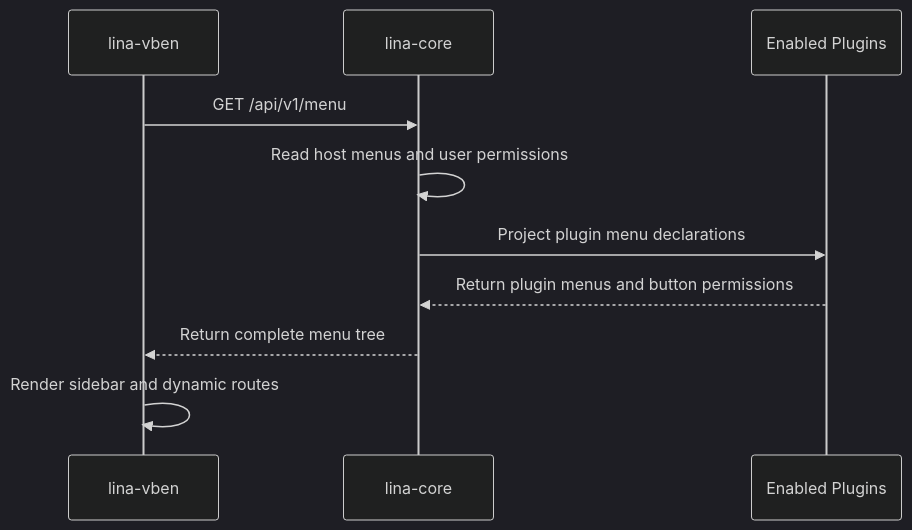
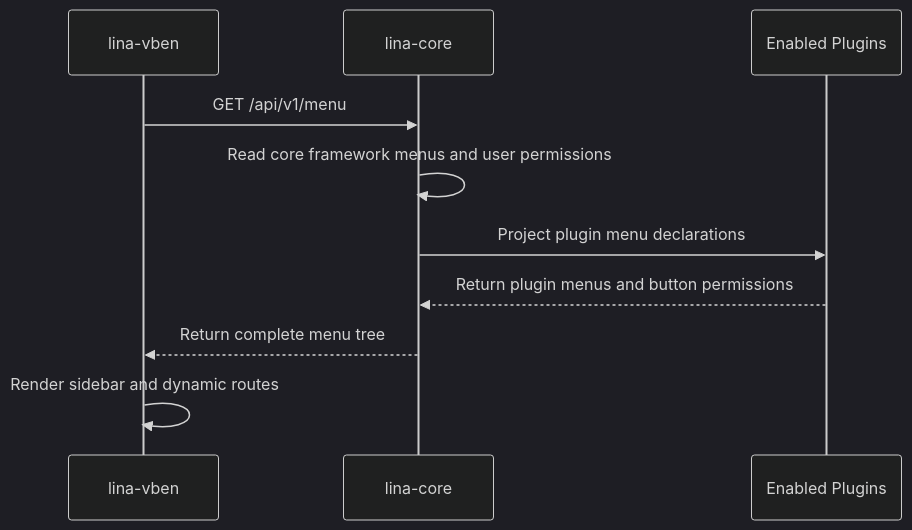
Before and after one commit to linaproai/linapro-site: the second of 2 diagrams in apps/lina-site/i18n/en/docusaurus-plugin-content-docs/version-0.1.x/docs/2000-components/4000-admin-workspace.md, drawn with Mermaid (dark theme). The commit also changed other lines of this file and 93 other files, not shown here.

````diff
--- a/apps/lina-site/i18n/en/docusaurus-plugin-content-docs/version-0.1.x/docs/2000-components/4000-admin-workspace.md
+++ b/apps/lina-site/i18n/en/docusaurus-plugin-content-docs/version-0.1.x/docs/2000-components/4000-admin-workspace.md
@@ -94,13 +94,13 @@
 ```mermaid
 sequenceDiagram
     participant UI as lina-vben
     participant Core as lina-core
     participant Plugin as Enabled Plugins
 
     UI->>Core: GET /api/v1/menu
-    Core->>Core: Read host menus and user permissions
+    Core->>Core: Read core framework menus and user permissions
     Core->>Plugin: Project plugin menu declarations
     Plugin-->>Core: Return plugin menus and button permissions
     Core-->>UI: Return complete menu tree
     UI->>UI: Render sidebar and dynamic routes
 ```
````
